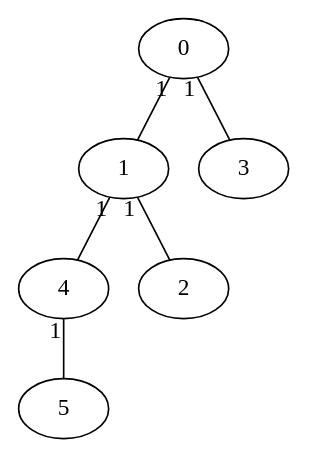
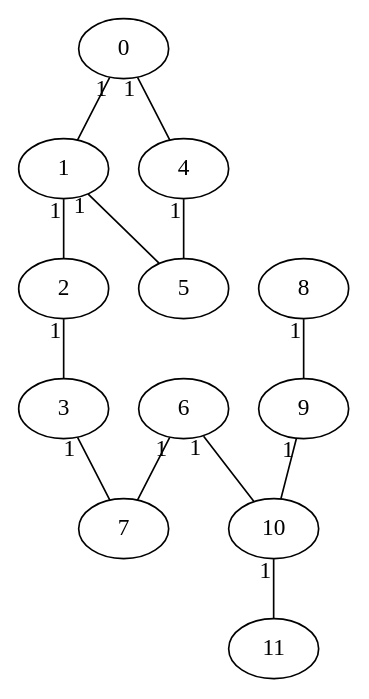
One commit to corentinckf/projetZ1 changed the diagram in parcours_graphe/mathieu/graph.dot. Above: the diagram before and after it, drawn with Graphviz. The commit also changed 4 other files, not shown here.

```diff
--- a/parcours_graphe/mathieu/graph.dot
+++ b/parcours_graphe/mathieu/graph.dot
@@ -1,13 +1,26 @@
 graph { 
 	0--1 [taillabel = "1"]
+	8--9 [taillabel = "1"]
+	2--3 [taillabel = "1"]
+	1--5 [taillabel = "1"]
+	10--11 [taillabel = "1"]
+	6--10 [taillabel = "1"]
+	9--10 [taillabel = "1"]
+	1--2 [taillabel = "1"]
+	6--7 [taillabel = "1"]
+	3--7 [taillabel = "1"]
 	4--5 [taillabel = "1"]
-	0--3 [taillabel = "1"]
-	1--2 [taillabel = "1"]
-	1--4 [taillabel = "1"]
+	0--4 [taillabel = "1"]
 	0
 	1
 	2
 	3
 	4
 	5
+	6
+	7
+	8
+	9
+	10
+	11
 } 
```
